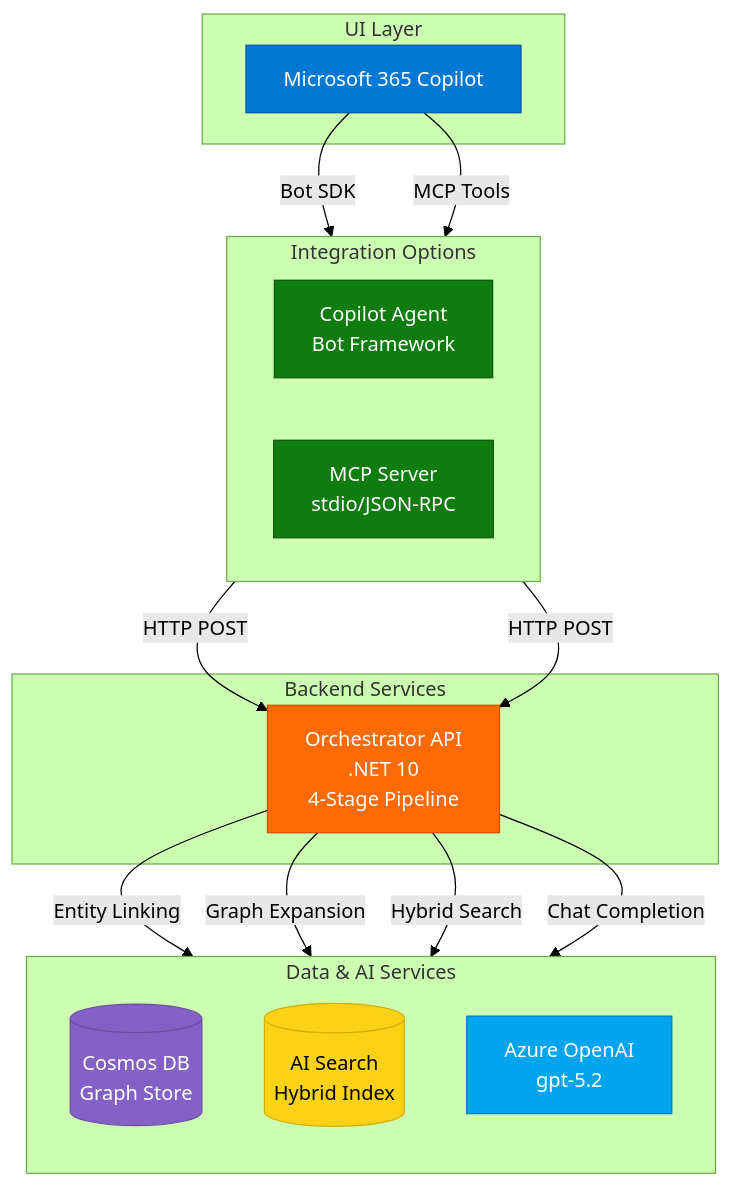
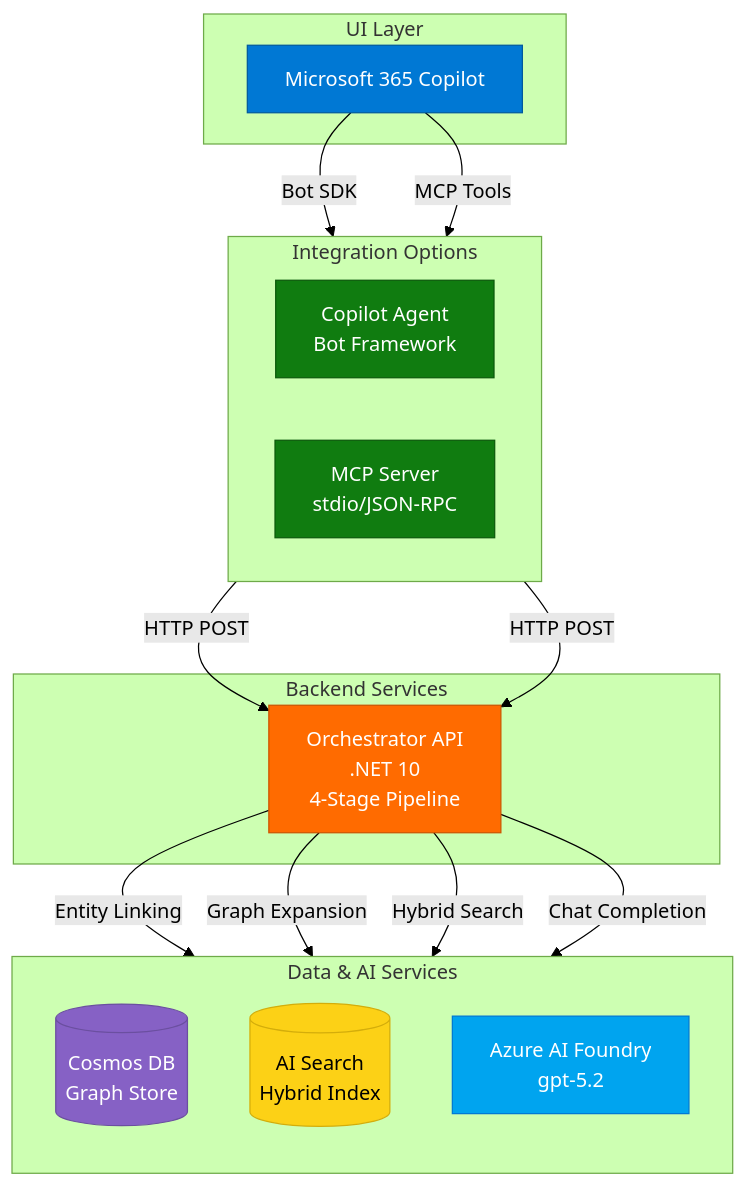
The diagram in QUICKSTART.md (sujithq/microsoft-copilot-demo), drawn with Mermaid (forest theme) before and after one commit. The commit also changed other lines of this file and 11 other files, not shown here.

Commit message:
Update to Azure AI Foundry (AI Services) with latest package versions

````diff
--- a/QUICKSTART.md
+++ b/QUICKSTART.md
@@ -258,41 +258,41 @@
 ```mermaid
 flowchart TB
     subgraph ui[" UI Layer "]
         copilot[Microsoft 365 Copilot]
     end
     
     subgraph integration[" Integration Options "]
         direction LR
         agent[Copilot Agent<br/>Bot Framework]
         mcp[MCP Server<br/>stdio/JSON-RPC]
     end
     
     subgraph backend[" Backend Services "]
         orch[Orchestrator API<br/>.NET 10<br/>4-Stage Pipeline]
     end
     
     subgraph data[" Data & AI Services "]
         direction TB
         cosmos[(Cosmos DB<br/>Graph Store)]
         search[(AI Search<br/>Hybrid Index)]
-        openai[Azure OpenAI<br/>gpt-5.2]
+        openai[Azure AI Foundry<br/>gpt-5.2]
     end
     
     copilot -->|Bot SDK| agent
     copilot -->|MCP Tools| mcp
     agent -->|HTTP POST| orch
     mcp -->|HTTP POST| orch
     
     orch -->|Entity Linking| cosmos
     orch -->|Graph Expansion| cosmos
     orch -->|Hybrid Search| search
     orch -->|Chat Completion| openai
     
     style copilot fill:#0078d4,stroke:#005a9e,color:#fff
     style agent fill:#107c10,stroke:#0b5a0b,color:#fff
     style mcp fill:#107c10,stroke:#0b5a0b,color:#fff
     style orch fill:#ff6b00,stroke:#cc5500,color:#fff
     style cosmos fill:#8661c5,stroke:#6b4fa0,color:#fff
     style search fill:#fcd116,stroke:#d4ad0a,color:#000
     style openai fill:#00a4ef,stroke:#0078d4,color:#fff
 ```
````
